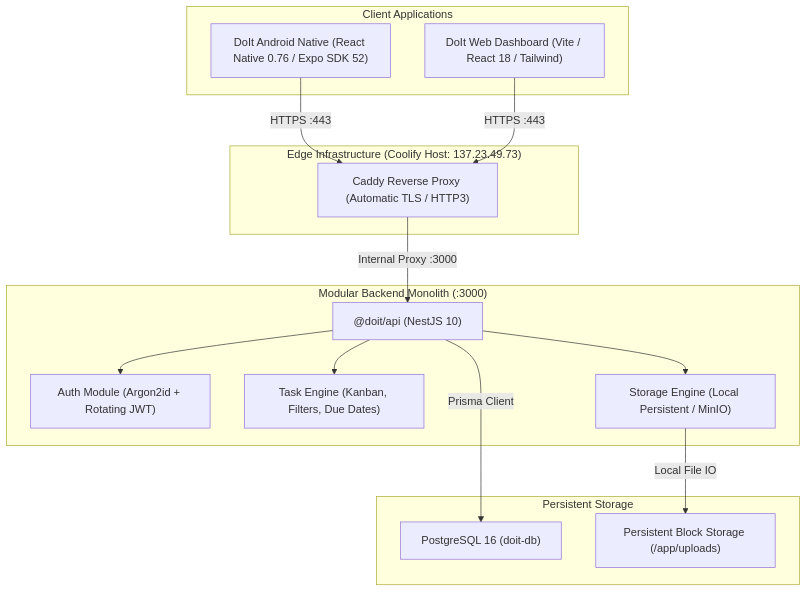
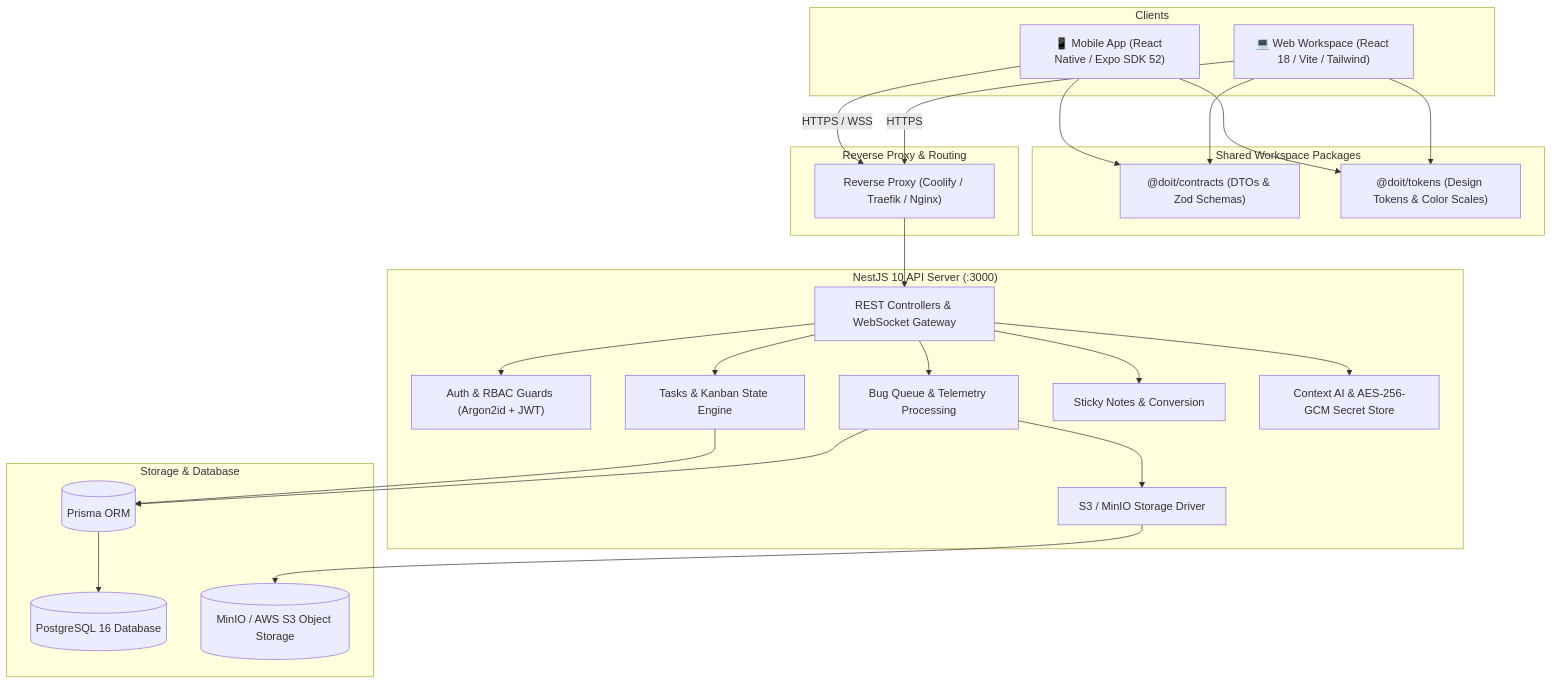
The diagram in README.md (kachakaran6/doit), drawn with Mermaid before and after one commit. The commit also changed other lines of this file and 549 other files, not shown here.

Commit message:
refactor(repo): complete repository cleanup, architecture simplification, and professional documentation

````diff
--- a/README.md
+++ b/README.md
@@ -56,32 +65,53 @@
 ```mermaid
-flowchart TD
-    subgraph Client["Client Applications"]
-        AndroidApp["DoIt Android Native (React Native 0.76 / Expo SDK 52)"]
-        WebClient["DoIt Web Dashboard (Vite / React 18 / Tailwind)"]
+graph TD
+    subgraph Clients["Clients"]
+        Mobile["📱 Mobile App (React Native / Expo SDK 52)"]
+        Web["💻 Web Workspace (React 18 / Vite / Tailwind)"]
     end
 
-    subgraph Edge["Edge Infrastructure (Coolify Host: 137.23.49.73)"]
-        CaddyProxy["Caddy Reverse Proxy (Automatic TLS / HTTP3)"]
+    subgraph Shared["Shared Workspace Packages"]
+        Contracts["@doit/contracts (DTOs & Zod Schemas)"]
+        Tokens["@doit/tokens (Design Tokens & Color Scales)"]
     end
 
-    subgraph Backend["Modular Backend Monolith (:3000)"]
-        NestApp["@doit/api (NestJS 10)"]
-        AuthModule["Auth Module (Argon2id + Rotating JWT)"]
-        TaskModule["Task Engine (Kanban, Filters, Due Dates)"]
-        StorageModule["Storage Engine (Local Persistent / MinIO)"]
+    subgraph Edge["Reverse Proxy & Routing"]
+        Proxy["Reverse Proxy (Coolify / Traefik / Nginx)"]
     end
 
-    subgraph Data["Persistent Storage"]
-        PostgresDB["PostgreSQL 16 (doit-db)"]
-        VolumeStorage["Persistent Block Storage (/app/uploads)"]
+    subgraph Backend["NestJS 10 API Server (:3000)"]
+        Gateway["REST Controllers & WebSocket Gateway"]
+        Auth["Auth & RBAC Guards (Argon2id + JWT)"]
+        TaskEngine["Tasks & Kanban State Engine"]
+        BugEngine["Bug Queue & Telemetry Processing"]
+        StickiesEngine["Sticky Notes & Conversion"]
+        AiEngine["Context AI & AES-256-GCM Secret Store"]
+        StorageAdapter["S3 / MinIO Storage Driver"]
     end
 
-    AndroidApp -->|HTTPS :443| CaddyProxy
-    WebClient -->|HTTPS :443| CaddyProxy
-    CaddyProxy -->|Internal Proxy :3000| NestApp
-    NestApp --> AuthModule
-    NestApp --> TaskModule
-    NestApp --> StorageModule
-    NestApp -->|Prisma Client| PostgresDB
-    StorageModule -->|Local File IO| VolumeStorage
+    subgraph Persistence["Storage & Database"]
+        DB[(PostgreSQL 16 Database)]
+        Prisma[(Prisma ORM)]
+        S3[(MinIO / AWS S3 Object Storage)]
+    end
+
+    Mobile --> Contracts
+    Mobile --> Tokens
+    Web --> Contracts
+    Web --> Tokens
+
+    Mobile -- "HTTPS / WSS" --> Proxy
+    Web -- "HTTPS" --> Proxy
+
+    Proxy --> Gateway
+    Gateway --> Auth
+    Gateway --> TaskEngine
+    Gateway --> BugEngine
+    Gateway --> StickiesEngine
+    Gateway --> AiEngine
+
+    TaskEngine --> Prisma
+    BugEngine --> Prisma
+    BugEngine --> StorageAdapter
+    StorageAdapter --> S3
+    Prisma --> DB
 ```
````
